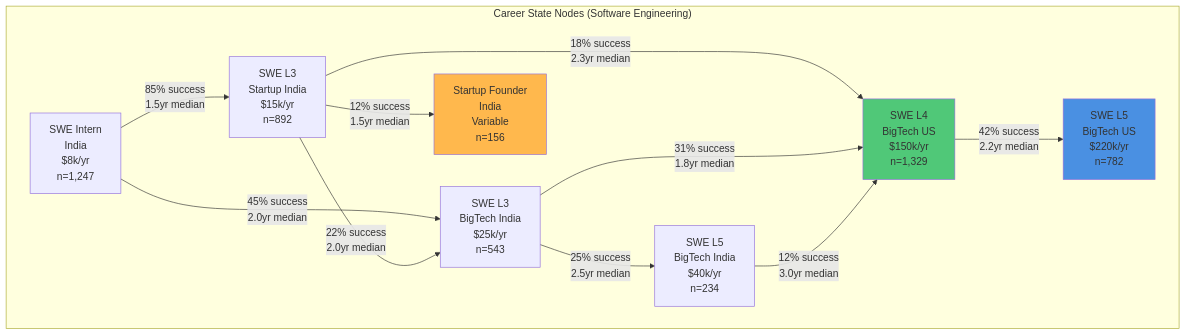
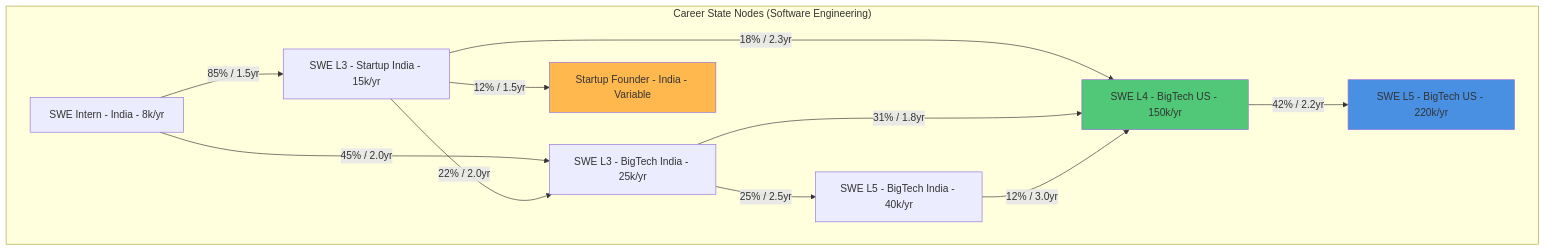
The fifth of 20 diagrams in ldc_flowcharts.md (Nishant-coder-cpu/testing), drawn with Mermaid before and after one commit. The commit also changed other lines of this file, not shown here.

````diff
--- a/ldc_flowcharts.md
+++ b/ldc_flowcharts.md
@@ -338,29 +338,29 @@
 ```mermaid
 graph TB
     subgraph "Career State Nodes (Software Engineering)"
-        INTERN["SWE Intern<br/>India<br/>$8k/yr<br/>n=1,247"]
-        L3_IN["SWE L3<br/>Startup India<br/>$15k/yr<br/>n=892"]
-        L3_BT_IN["SWE L3<br/>BigTech India<br/>$25k/yr<br/>n=543"]
-        L4_US["SWE L4<br/>BigTech US<br/>$150k/yr<br/>n=1,329"]
-        L5_IN["SWE L5<br/>BigTech India<br/>$40k/yr<br/>n=234"]
-        L5_US["SWE L5<br/>BigTech US<br/>$220k/yr<br/>n=782"]
-        STARTUP["Startup Founder<br/>India<br/>Variable<br/>n=156"]
+        INTERN["SWE Intern - India - 8k/yr"]
+        L3_IN["SWE L3 - Startup India - 15k/yr"]
+        L3_BT_IN["SWE L3 - BigTech India - 25k/yr"]
+        L4_US["SWE L4 - BigTech US - 150k/yr"]
+        L5_IN["SWE L5 - BigTech India - 40k/yr"]
+        L5_US["SWE L5 - BigTech US - 220k/yr"]
+        STARTUP["Startup Founder - India - Variable"]
     end
     
-    INTERN -->|"85% success<br/>1.5yr median"| L3_IN
-    INTERN -->|"45% success<br/>2.0yr median"| L3_BT_IN
+    INTERN -->|"85% / 1.5yr"| L3_IN
+    INTERN -->|"45% / 2.0yr"| L3_BT_IN
     
-    L3_IN -->|"22% success<br/>2.0yr median"| L3_BT_IN
-    L3_IN -->|"18% success<br/>2.3yr median"| L4_US
-    L3_IN -->|"12% success<br/>1.5yr median"| STARTUP
+    L3_IN -->|"22% / 2.0yr"| L3_BT_IN
+    L3_IN -->|"18% / 2.3yr"| L4_US
+    L3_IN -->|"12% / 1.5yr"| STARTUP
     
-    L3_BT_IN -->|"31% success<br/>1.8yr median"| L4_US
-    L3_BT_IN -->|"25% success<br/>2.5yr median"| L5_IN
+    L3_BT_IN -->|"31% / 1.8yr"| L4_US
+    L3_BT_IN -->|"25% / 2.5yr"| L5_IN
     
-    L4_US -->|"42% success<br/>2.2yr median"| L5_US
-    L5_IN -->|"12% success<br/>3.0yr median"| L4_US
+    L4_US -->|"42% / 2.2yr"| L5_US
+    L5_IN -->|"12% / 3.0yr"| L4_US
     
     style L4_US fill:#50C878
     style L5_US fill:#4A90E2
     style STARTUP fill:#FFB84D
 ```
````
